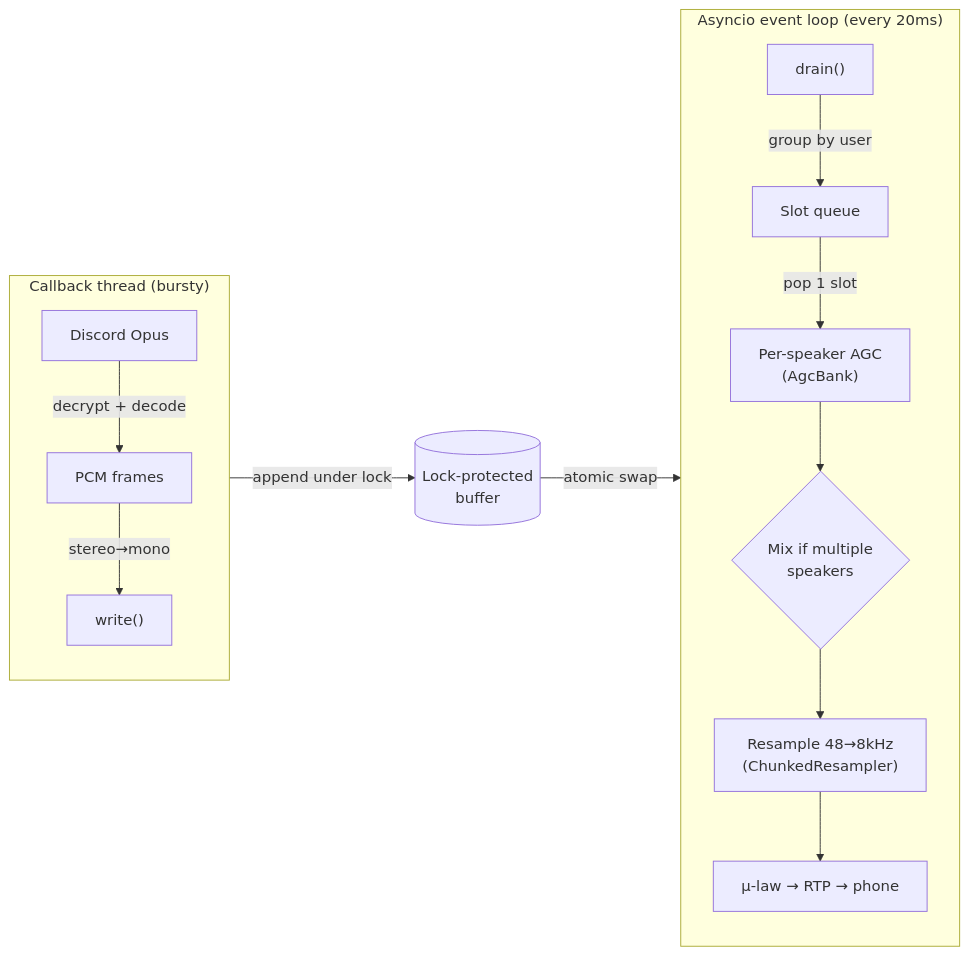
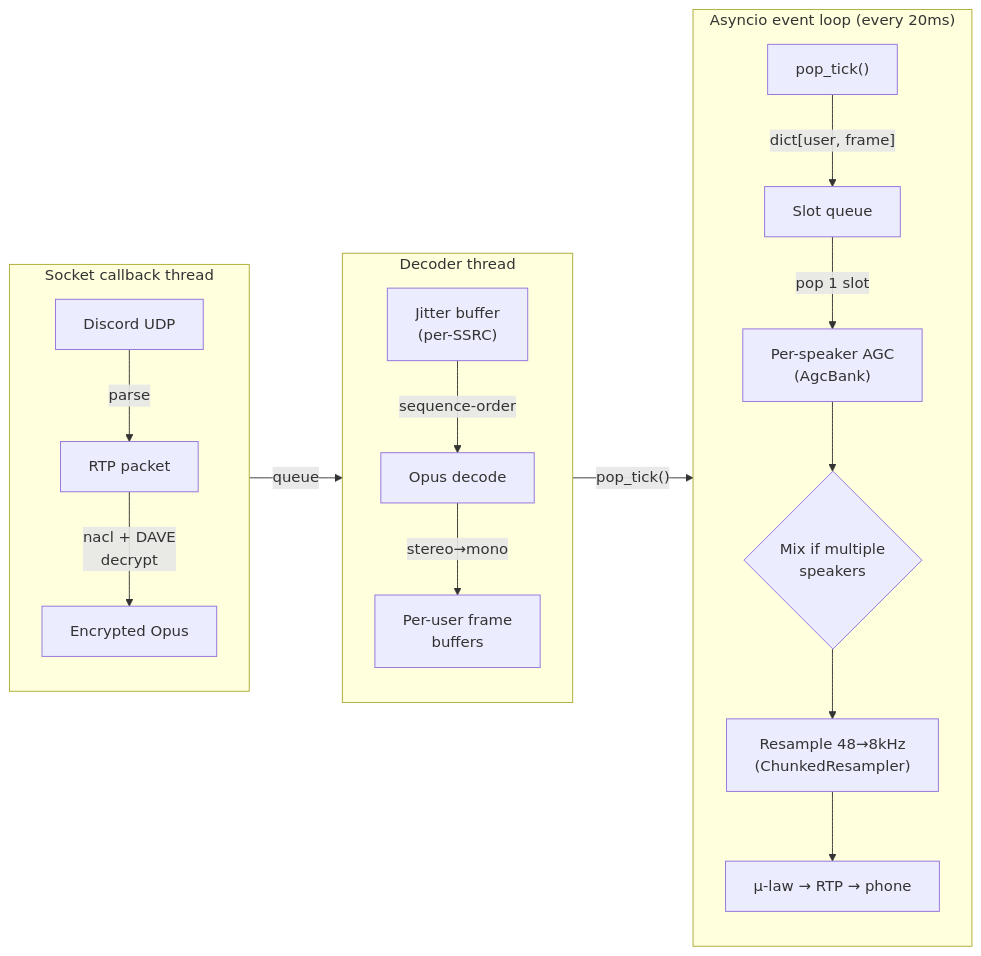
Before and after one commit to frizzle-chan/frizzle-phone: the third of 3 diagrams in DESIGN.md, drawn with Mermaid. The commit also changed other lines of this file, not shown here.

Commit message:
Update DESIGN.md for in-house discord_voice_rx module

````diff
--- a/DESIGN.md
+++ b/DESIGN.md
@@ -79,20 +79,27 @@
 ```mermaid
 graph LR
-    subgraph CB["Callback thread (bursty)"]
+    subgraph SC["Socket callback thread"]
         direction TB
-        OPUS[Discord Opus] -->|decrypt + decode| PCM[PCM frames]
-        PCM -->|"stereo→mono"| WRITE["write()"]
+        UDP[Discord UDP] -->|parse| RTP_PKT[RTP packet]
+        RTP_PKT -->|"nacl + DAVE<br/>decrypt"| ENC[Encrypted Opus]
     end
 
-    CB -->|append under lock| BUF[("Lock-protected<br/>buffer")]
-    BUF -->|atomic swap| AL
+    SC -->|queue| DT
+
+    subgraph DT["Decoder thread"]
+        direction TB
+        JB["Jitter buffer<br/>(per-SSRC)"] -->|sequence-order| DEC[Opus decode]
+        DEC -->|"stereo→mono"| FRAMES["Per-user frame<br/>buffers"]
+    end
+
+    DT -->|"pop_tick()"| AL
 
     subgraph AL["Asyncio event loop (every 20ms)"]
         direction TB
-        DRAIN["drain()"] -->|group by user| SLOTS[Slot queue]
+        PULL["pop_tick()"] -->|"dict[user, frame]"| SLOTS[Slot queue]
         SLOTS -->|pop 1 slot| AGC["Per-speaker AGC<br/>(AgcBank)"]
         AGC --> MIX{"Mix if multiple<br/>speakers"}
         MIX --> RS["Resample 48→8kHz<br/>(ChunkedResampler)"]
-        RS --> RTP["μ-law → RTP → phone"]
+        RS --> RTP_OUT["μ-law → RTP → phone"]
     end
 ```
````
